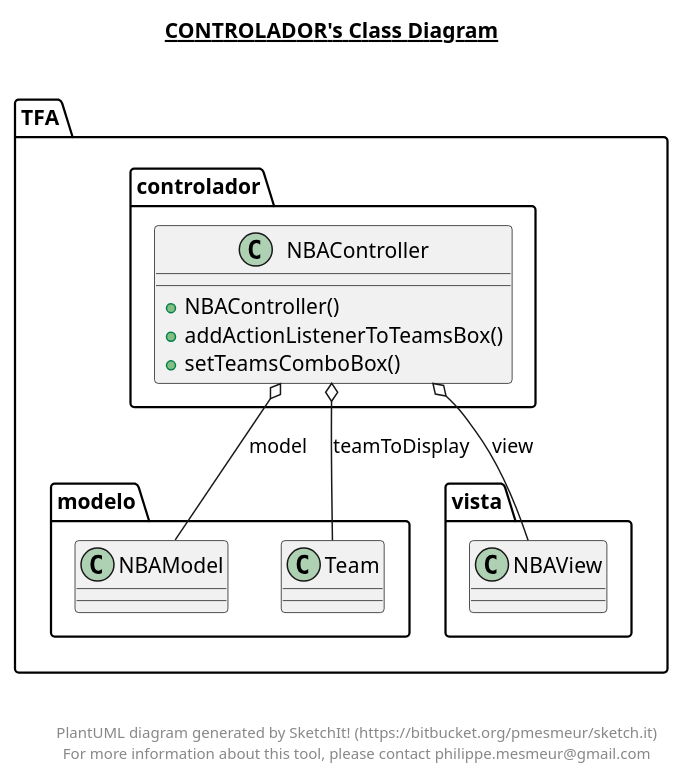
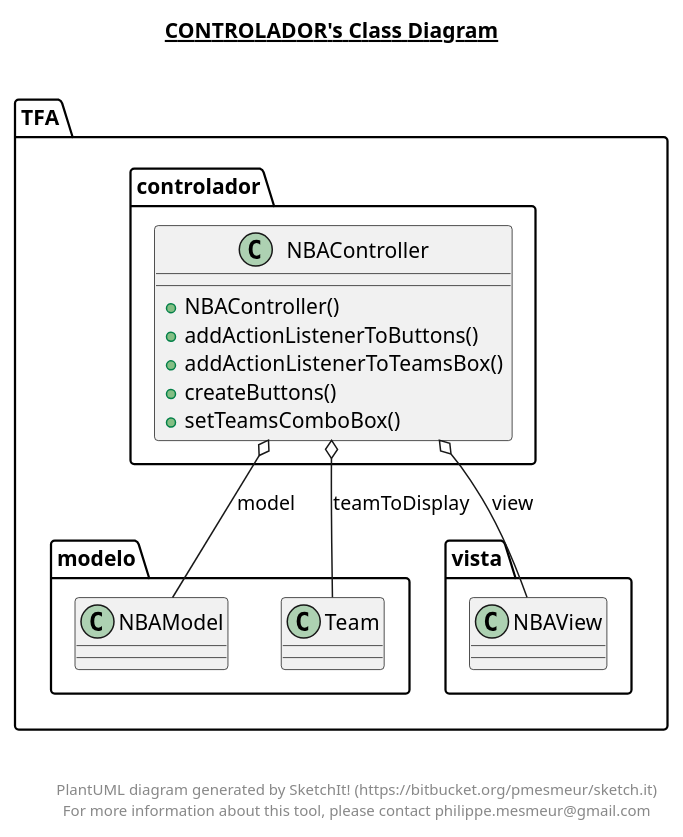
One commit to Diegodmbot/ULL-DAP-TrabajoFinalNBA changed the diagram in src/TFA/controlador/controlador.plantuml. Above: the diagram before and after it, drawn with PlantUML. The commit also changed 16 other files, not shown here.

```diff
--- a/src/TFA/controlador/controlador.plantuml
+++ b/src/TFA/controlador/controlador.plantuml
@@ -1,28 +1,30 @@
 @startuml
 
 title __CONTROLADOR's Class Diagram__\n
 
   namespace TFA {
     namespace controlador {
       class TFA.controlador.NBAController {
           + NBAController()
+          + addActionListenerToButtons()
           + addActionListenerToTeamsBox()
+          + createButtons()
           + setTeamsComboBox()
       }
     }
   }
   
 
   TFA.controlador.NBAController o-- TFA.modelo.NBAModel : model
   TFA.controlador.NBAController o-- TFA.modelo.Team : teamToDisplay
   TFA.controlador.NBAController o-- TFA.vista.NBAView : view
 
 
 right footer
 
 
 PlantUML diagram generated by SketchIt! (https://bitbucket.org/pmesmeur/sketch.it)
 For more information about this tool, please contact philippe.mesmeur@gmail.com
 endfooter
 
 @enduml
```
